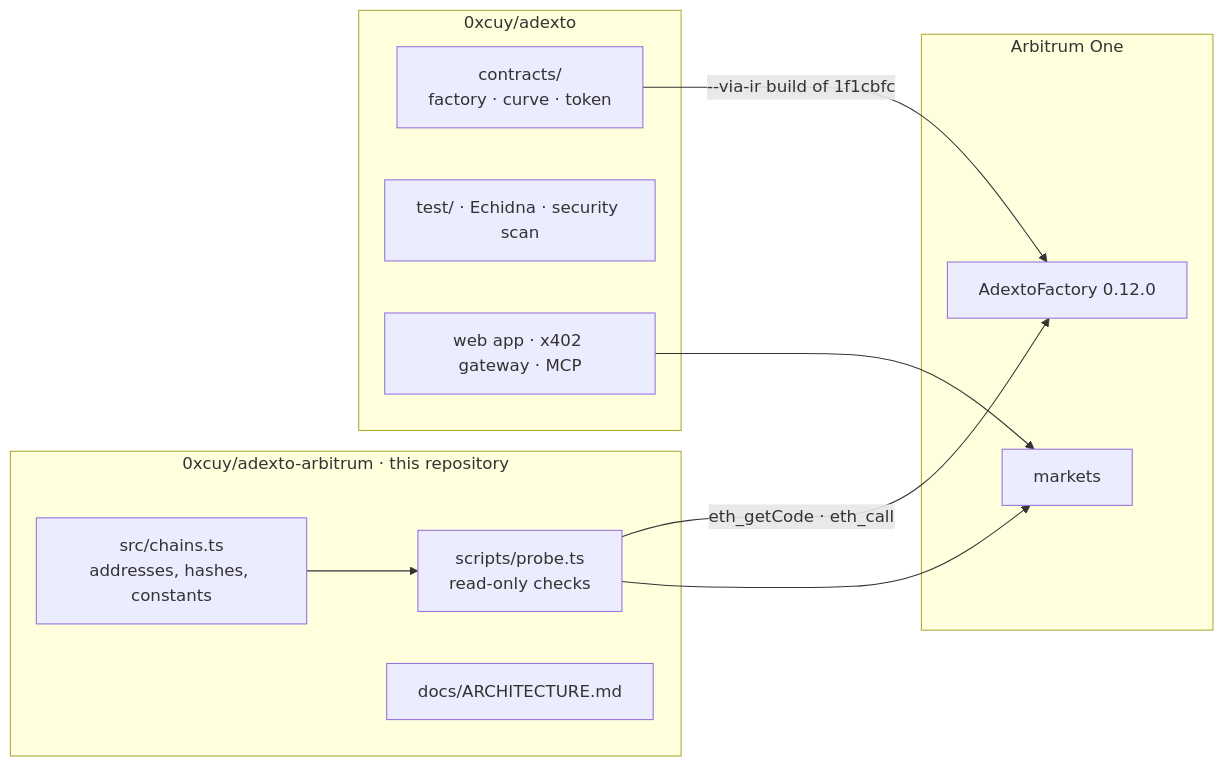
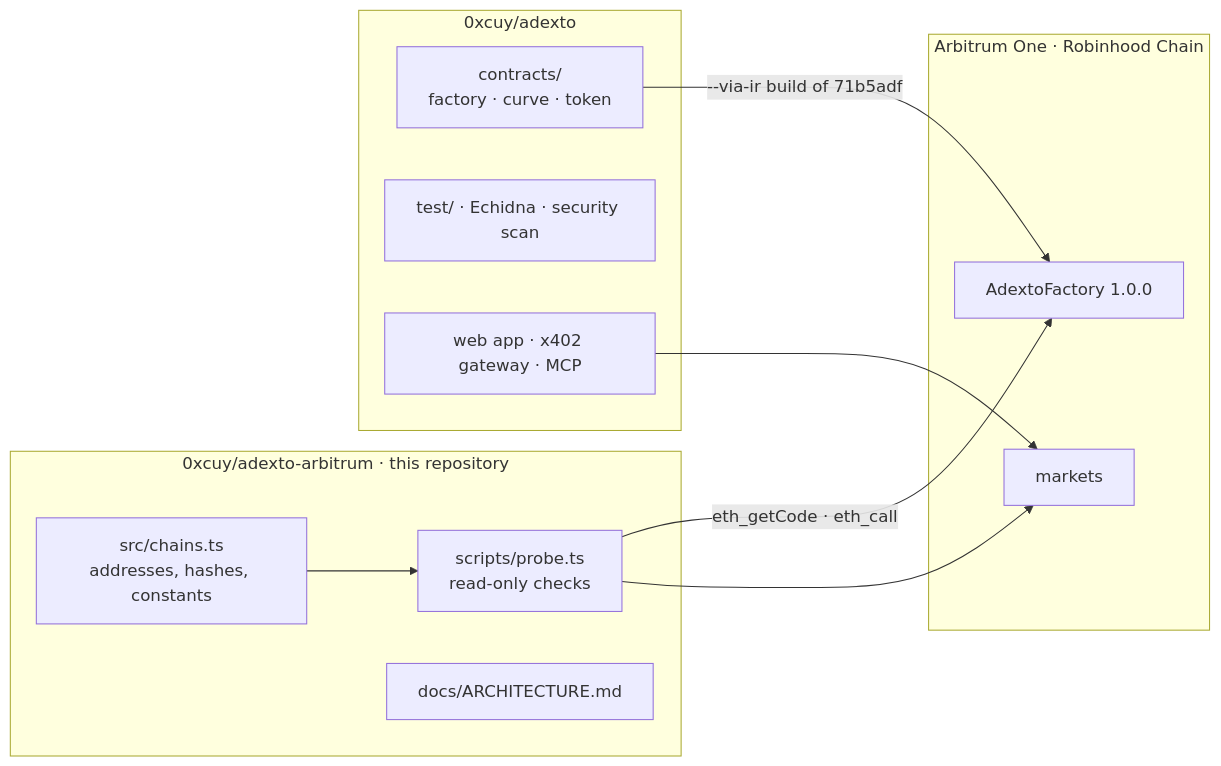
The diagram in README.md (0xcuy/adexto-arbitrum), drawn with Mermaid before and after one commit. The commit also changed other lines of this file and 3 other files, not shown here.

First line of the commit message:
Move the registry and probe to ADEXTO v1 on Arbitrum One and Robinhood Chain

````diff
--- a/README.md
+++ b/README.md
@@ -278,22 +303,22 @@
 ```mermaid
 flowchart LR
     subgraph here["0xcuy/adexto-arbitrum · this repository"]
         CH["src/chains.ts<br/>addresses, hashes, constants"]
         PR["scripts/probe.ts<br/>read-only checks"]
         AR["docs/ARCHITECTURE.md"]
     end
     subgraph main["0xcuy/adexto"]
         SOL["contracts/<br/>factory · curve · token"]
         TST["test/ · Echidna · security scan"]
         APP["web app · x402 gateway · MCP"]
     end
-    subgraph arb["Arbitrum One"]
-        F12["AdextoFactory 0.12.0"]
+    subgraph arb["Arbitrum One · Robinhood Chain"]
+        F1["AdextoFactory 1.0.0"]
         MK["markets"]
     end
-    SOL -->|"--via-ir build of 1f1cbfc"| F12
+    SOL -->|"--via-ir build of 71b5adf"| F1
     CH --> PR
-    PR -->|"eth_getCode · eth_call"| F12
+    PR -->|"eth_getCode · eth_call"| F1
     PR --> MK
     APP --> MK
 ```
````
